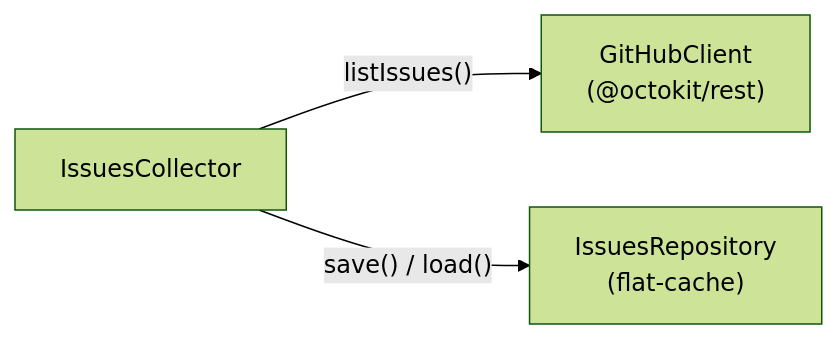
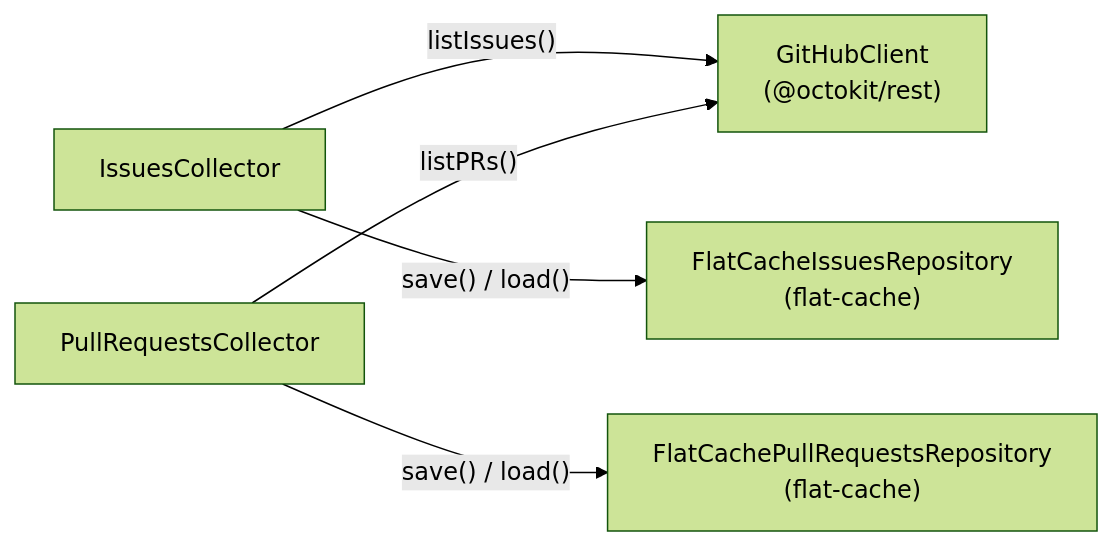
The diagram in packages/issues-collector/README.md (ydarias/github-intelligence), drawn with Mermaid (forest theme) before and after one commit. The commit also changed other lines of this file and 4 other files, not shown here.

````diff
--- a/packages/issues-collector/README.md
+++ b/packages/issues-collector/README.md
@@ -7,9 +7,13 @@
 ```mermaid
 flowchart LR
     GC["GitHubClient\n(@octokit/rest)"]
     IC["IssuesCollector"]
-    IR["IssuesRepository\n(flat-cache)"]
+    IR["FlatCacheIssuesRepository\n(flat-cache)"]
+    PC["PullRequestsCollector"]
+    PR["FlatCachePullRequestsRepository\n(flat-cache)"]
 
     IC -->|"listIssues()"| GC
     IC -->|"save() / load()"| IR
+    PC -->|"listPRs()"| GC
+    PC -->|"save() / load()"| PR
 ```
````
